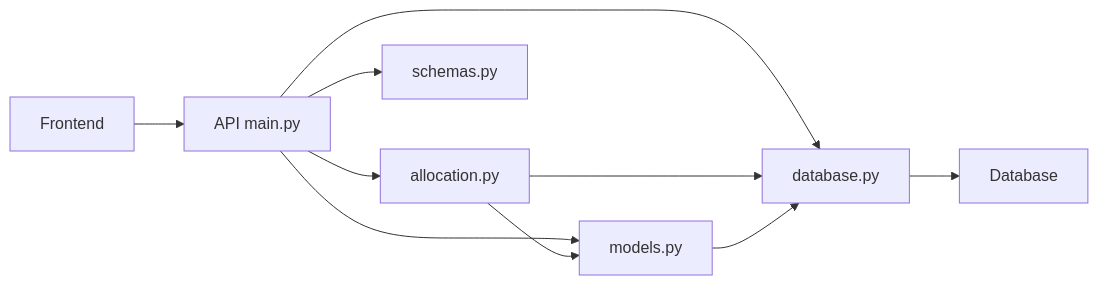
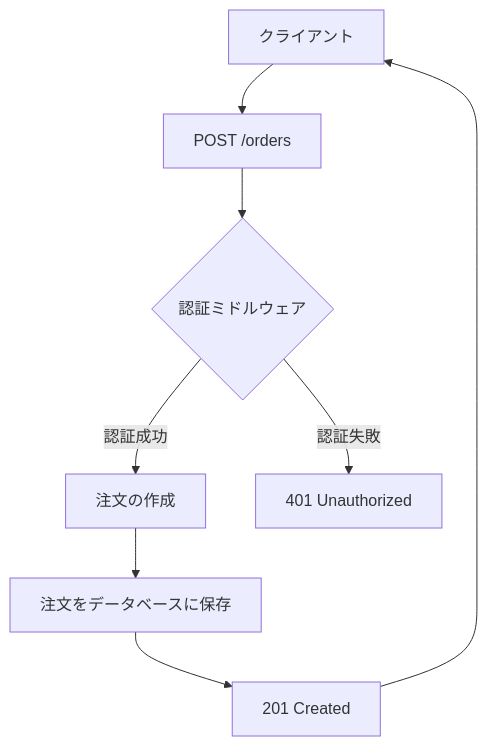
One commit to Rayoo-Nakano/InventoryAllocation changed the first of 9 diagrams in Backend/InventoryAllocation_ProgramDesige.md. Above: the diagram before and after it, drawn with Mermaid. The commit also changed other lines of this file and 3 other files, not shown here.

````diff
--- a/Backend/InventoryAllocation_ProgramDesige.md
+++ b/Backend/InventoryAllocation_ProgramDesige.md
@@ -46,12 +41,10 @@
 ```mermaid
-graph LR
-    A[Frontend] --> B[API main.py]
-    B --> C[allocation.py]
-    B --> D[models.py]
-    B --> E[database.py]
-    B --> F[schemas.py]
-    C --> D
-    C --> E
-    D --> E
-    E --> G[Database]
+graph TD
+    A[クライアント] --> B[POST /orders]
+    B --> C{認証ミドルウェア}
+    C --> |認証成功| D[注文の作成]
+    C --> |認証失敗| E[401 Unauthorized]
+    D --> F[注文をデータベースに保存]
+    F --> G[201 Created]
+    G --> A
 ```
````
